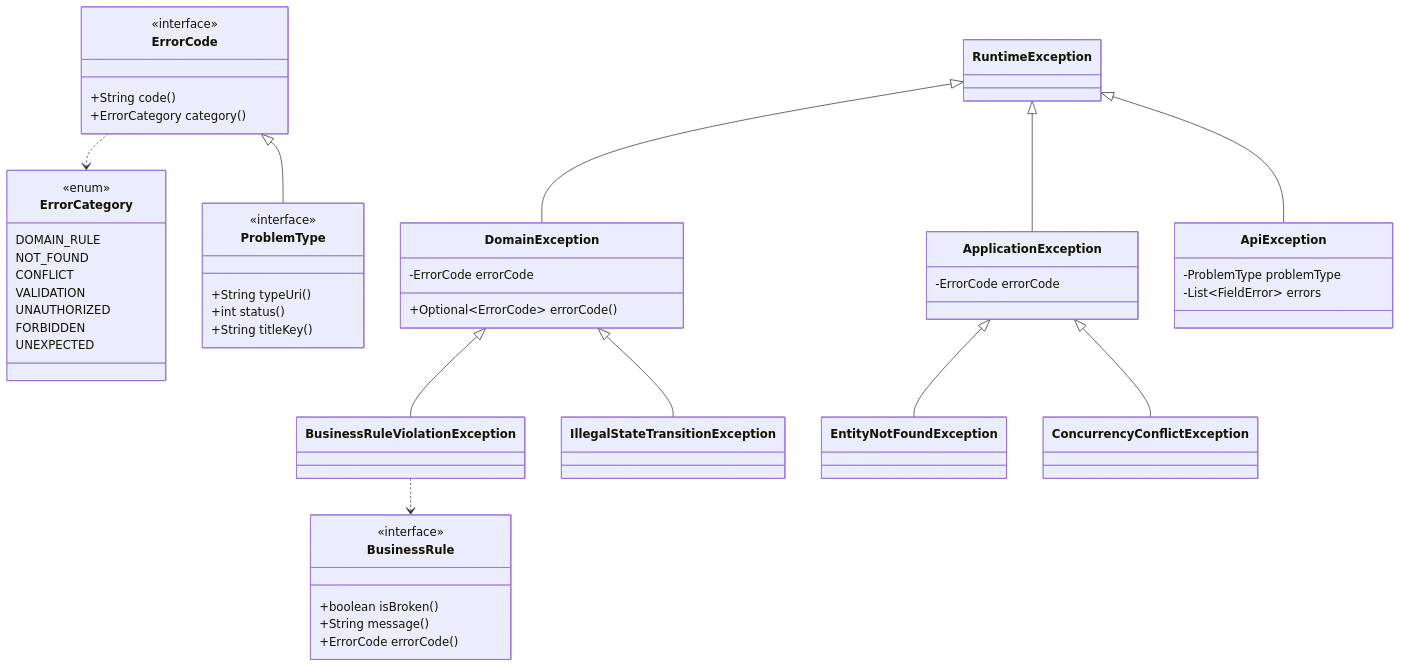
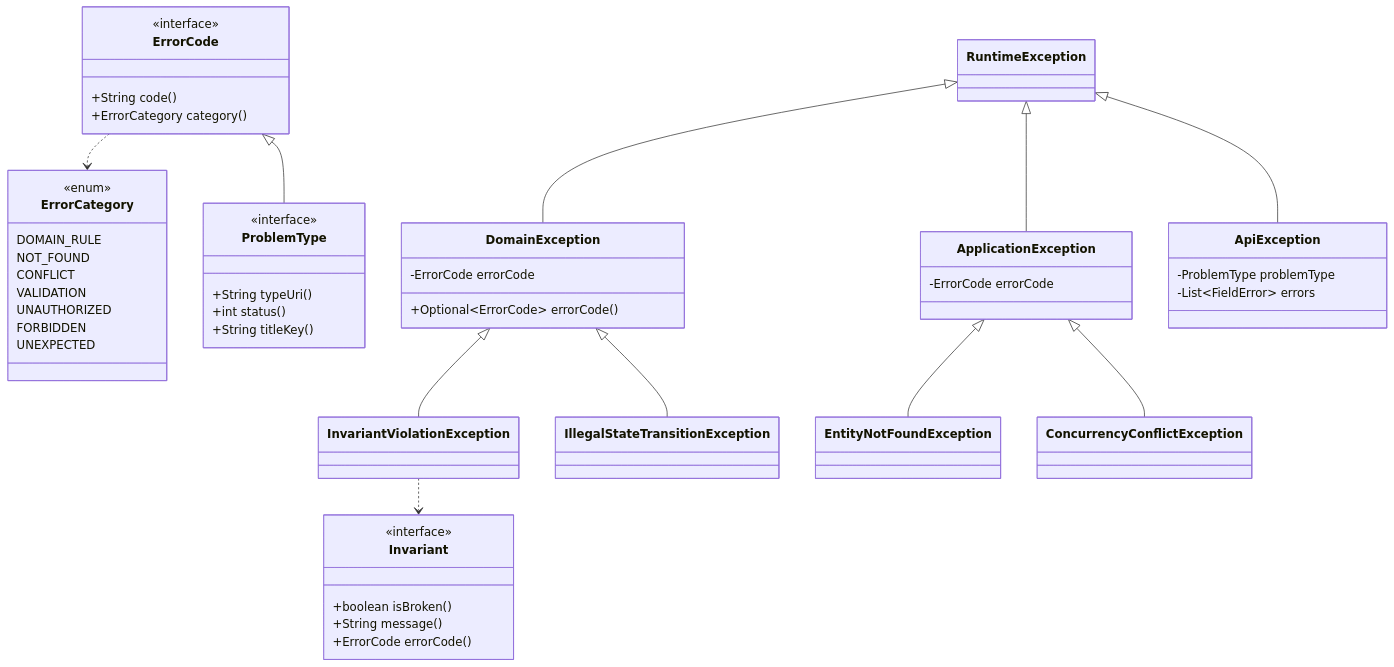
One commit to ryan-alexander-zhang/ai-native-project-template changed the second of 3 diagrams in docs/design/design-00003-exception-model.md. Above: the diagram before and after it, drawn with Mermaid. The commit also changed other lines of this file and 7 other files, not shown here.

````diff
--- a/docs/design/design-00003-exception-model.md
+++ b/docs/design/design-00003-exception-model.md
@@ -67,56 +67,56 @@
 ```mermaid
 classDiagram
   class ErrorCode {
     <<interface>>
     +String code()
     +ErrorCategory category()
   }
   class ErrorCategory {
     <<enum>>
     DOMAIN_RULE
     NOT_FOUND
     CONFLICT
     VALIDATION
     UNAUTHORIZED
     FORBIDDEN
     UNEXPECTED
   }
   class DomainException {
     -ErrorCode errorCode
     +Optional~ErrorCode~ errorCode()
   }
-  class BusinessRule {
+  class Invariant {
     <<interface>>
     +boolean isBroken()
     +String message()
     +ErrorCode errorCode()
   }
-  class BusinessRuleViolationException
+  class InvariantViolationException
   class IllegalStateTransitionException
   class ApplicationException {
     -ErrorCode errorCode
   }
   class EntityNotFoundException
   class ConcurrencyConflictException
   class ProblemType {
     <<interface>>
     +String typeUri()
     +int status()
     +String titleKey()
   }
   class ApiException {
     -ProblemType problemType
     -List~FieldError~ errors
   }
 
   ErrorCode ..> ErrorCategory
   RuntimeException <|-- DomainException
-  DomainException <|-- BusinessRuleViolationException
+  DomainException <|-- InvariantViolationException
   DomainException <|-- IllegalStateTransitionException
   RuntimeException <|-- ApplicationException
   ApplicationException <|-- EntityNotFoundException
   ApplicationException <|-- ConcurrencyConflictException
   RuntimeException <|-- ApiException
   ErrorCode <|-- ProblemType
-  BusinessRuleViolationException ..> BusinessRule
+  InvariantViolationException ..> Invariant
 ```
````
